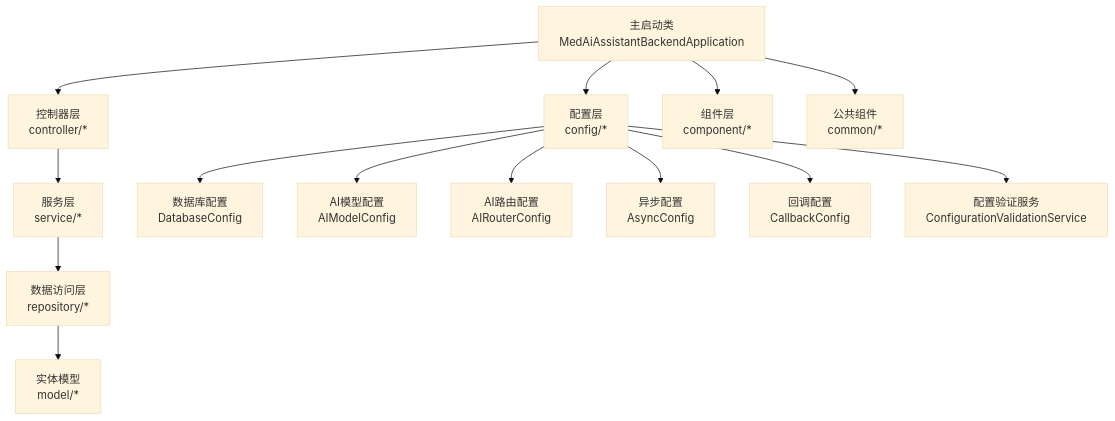
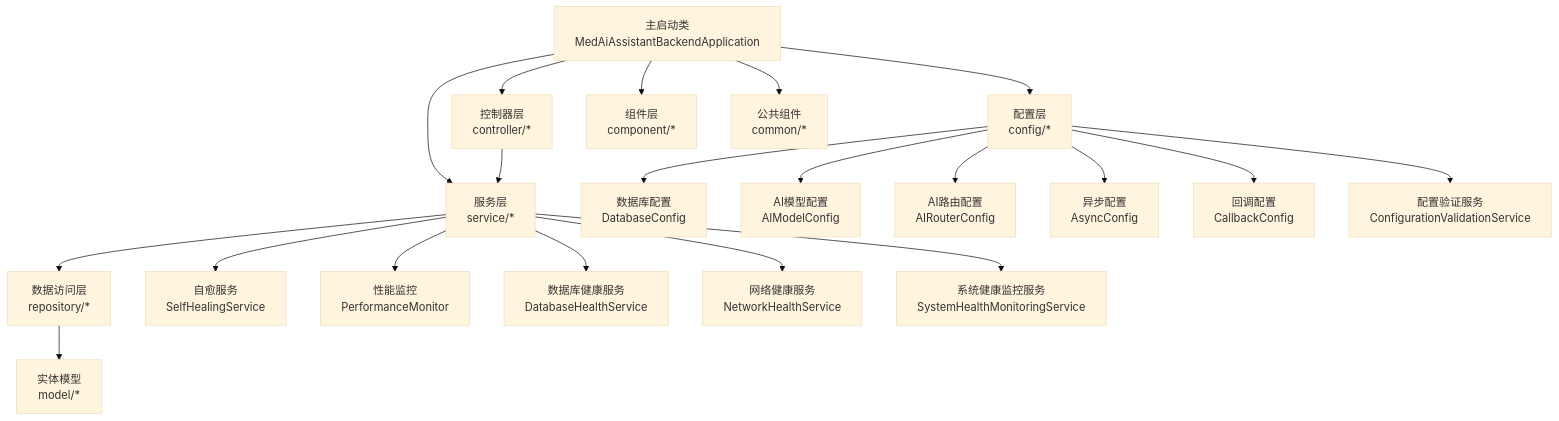
The first of 9 diagrams in .qoder/repowiki/zh/content/项目概述.md (liuzh2008/med_ai_assistant_workspace), drawn with Mermaid (base theme) before and after one commit. The commit also changed other lines of this file and 7 other files, not shown here.

````diff
--- a/.qoder/repowiki/zh/content/项目概述.md
+++ b/.qoder/repowiki/zh/content/项目概述.md
@@ -56,16 +63,22 @@
 ```mermaid
 graph TB
 A["主启动类<br/>MedAiAssistantBackendApplication"] --> B["配置层<br/>config/*"]
 A --> C["控制器层<br/>controller/*"]
 A --> D["组件层<br/>component/*"]
 A --> E["公共组件<br/>common/*"]
-C --> F["服务层<br/>service/*"]
+A --> F["服务层<br/>service/*"]
+C --> F
 F --> G["数据访问层<br/>repository/*"]
 G --> H["实体模型<br/>model/*"]
 B --> I["数据库配置<br/>DatabaseConfig"]
 B --> J["AI模型配置<br/>AIModelConfig"]
 B --> K["AI路由配置<br/>AIRouterConfig"]
 B --> L["异步配置<br/>AsyncConfig"]
 B --> M["回调配置<br/>CallbackConfig"]
 B --> N["配置验证服务<br/>ConfigurationValidationService"]
+F --> O["自愈服务<br/>SelfHealingService"]
+F --> P["性能监控<br/>PerformanceMonitor"]
+F --> Q["数据库健康服务<br/>DatabaseHealthService"]
+F --> R["网络健康服务<br/>NetworkHealthService"]
+F --> S["系统健康监控服务<br/>SystemHealthMonitoringService"]
 ```
````
